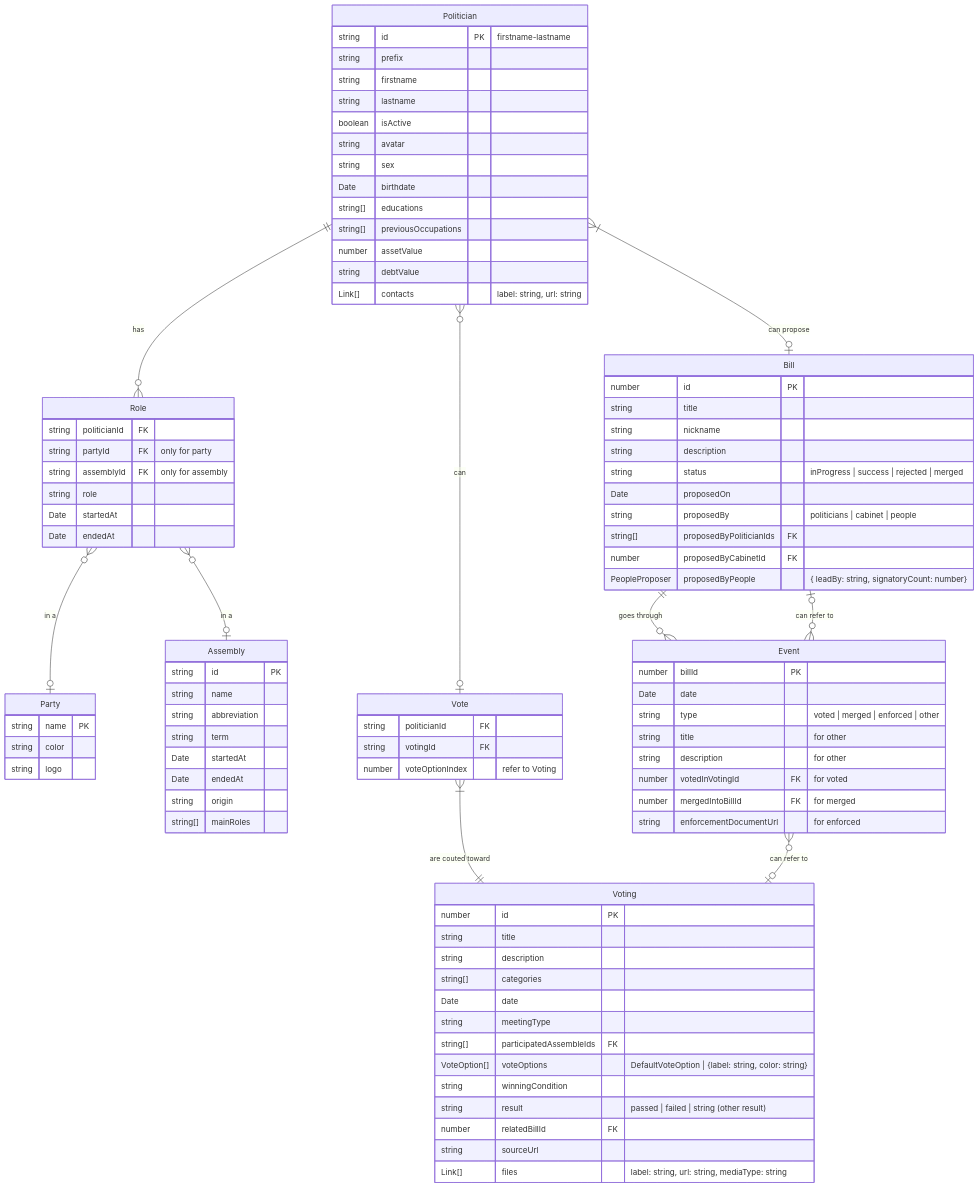
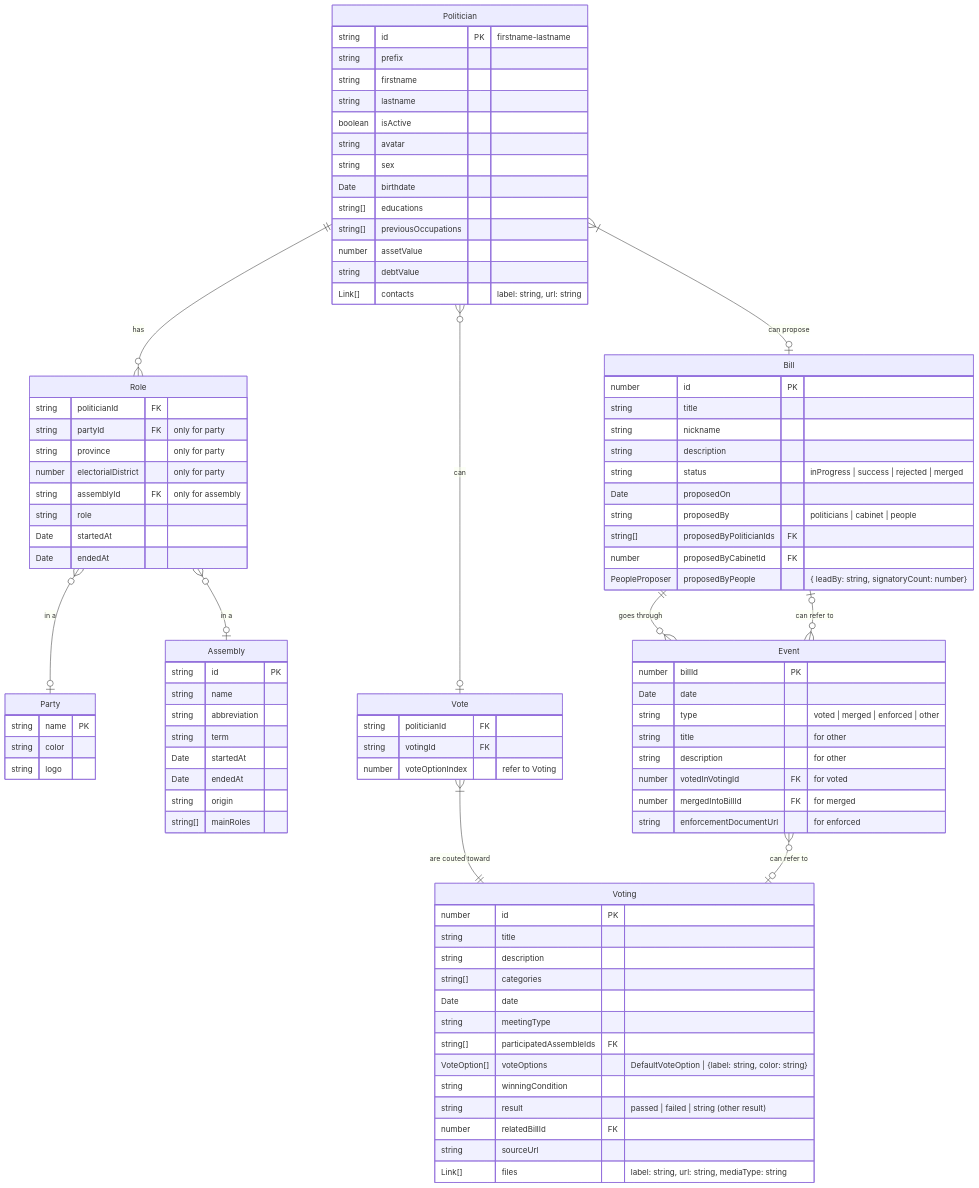
The diagram in src/models/README.md (wevisdemo/parliament-watch), drawn with Mermaid before and after one commit. The commit also changed 1 other file, not shown here.

Commit message:
feat: add province and electorialDistrict in party role model

```diff
--- a/src/models/README.md
+++ b/src/models/README.md
@@ -31,6 +31,8 @@
   Role {
     string politicianId FK
     string partyId FK "only for party"
+    string province "only for party"
+    number electorialDistrict "only for party"
     string assemblyId FK "only for assembly"
     string role
     Date startedAt
```
